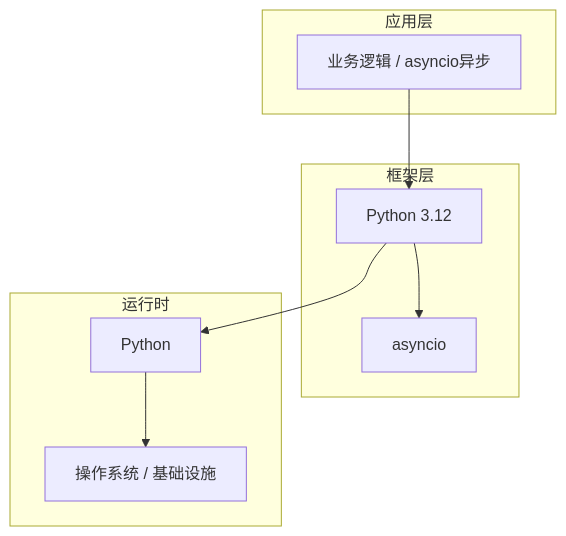
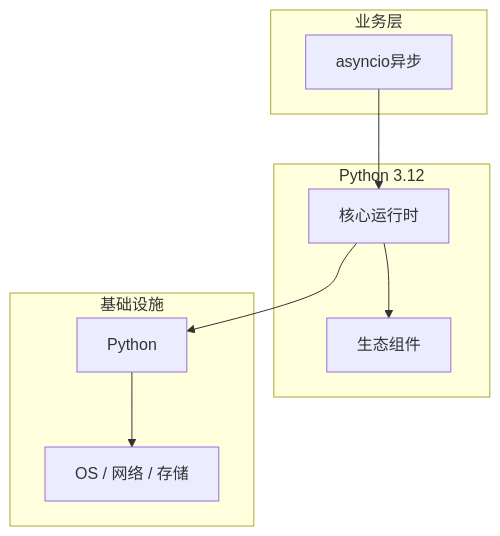
One commit to yanggan2015/knowledge-json-v2 changed the diagram in articles/Python高级/chapters/025-asyncio异步核心概念与原理.md. Above: the diagram before and after it, drawn with Mermaid. The commit also changed other lines of this file and 10127 other files, not shown here.

````diff
--- a/articles/Python高级/chapters/025-asyncio异步核心概念与原理.md
+++ b/articles/Python高级/chapters/025-asyncio异步核心概念与原理.md
@@ -45,18 +34,18 @@
 ```mermaid
 graph TB
-    subgraph 应用层
-        A[业务逻辑 / asyncio异步]
+    subgraph 业务层
+        A[asyncio异步]
     end
-    subgraph 框架层
-        B[Python 3.12]
-        C[asyncio]
+    subgraph Python 3.12
+        B[核心运行时]
+        C[生态组件]
     end
-    subgraph 运行时
+    subgraph 基础设施
         D[Python]
-        E[操作系统 / 基础设施]
+        E[OS / 网络 / 存储]
     end
     A --> B
     B --> C
     B --> D
     D --> E
 ```
````
